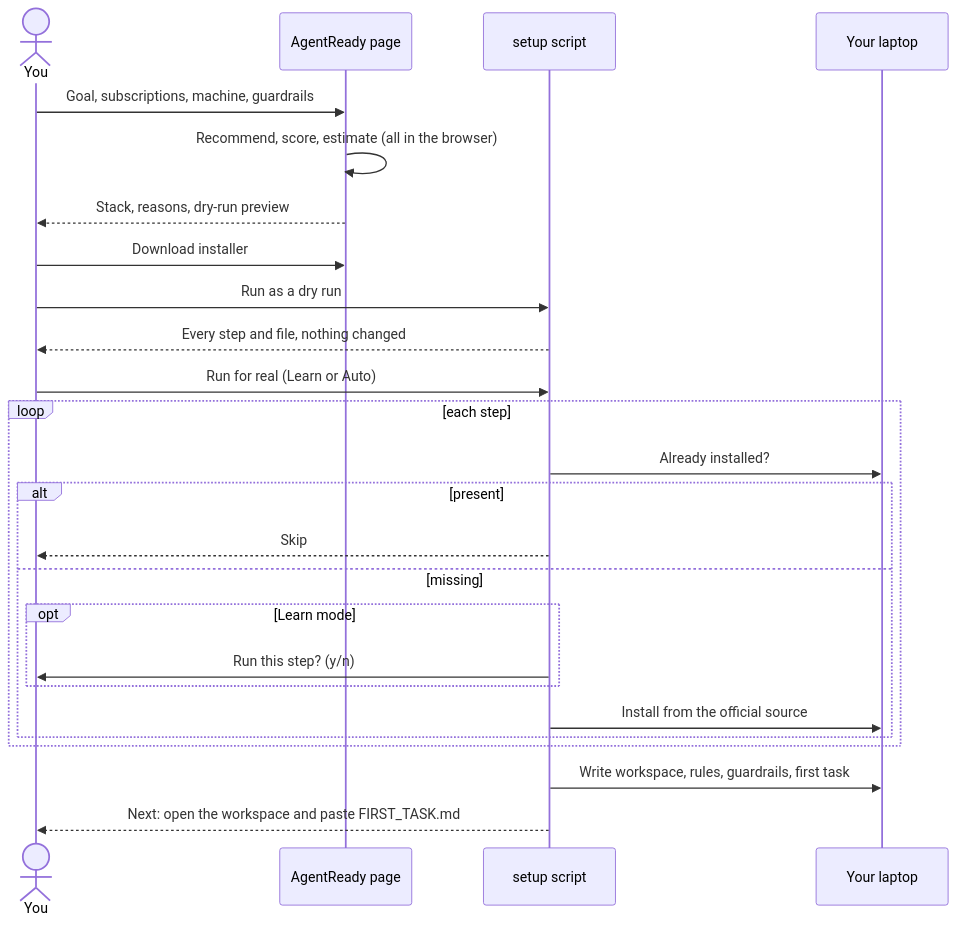
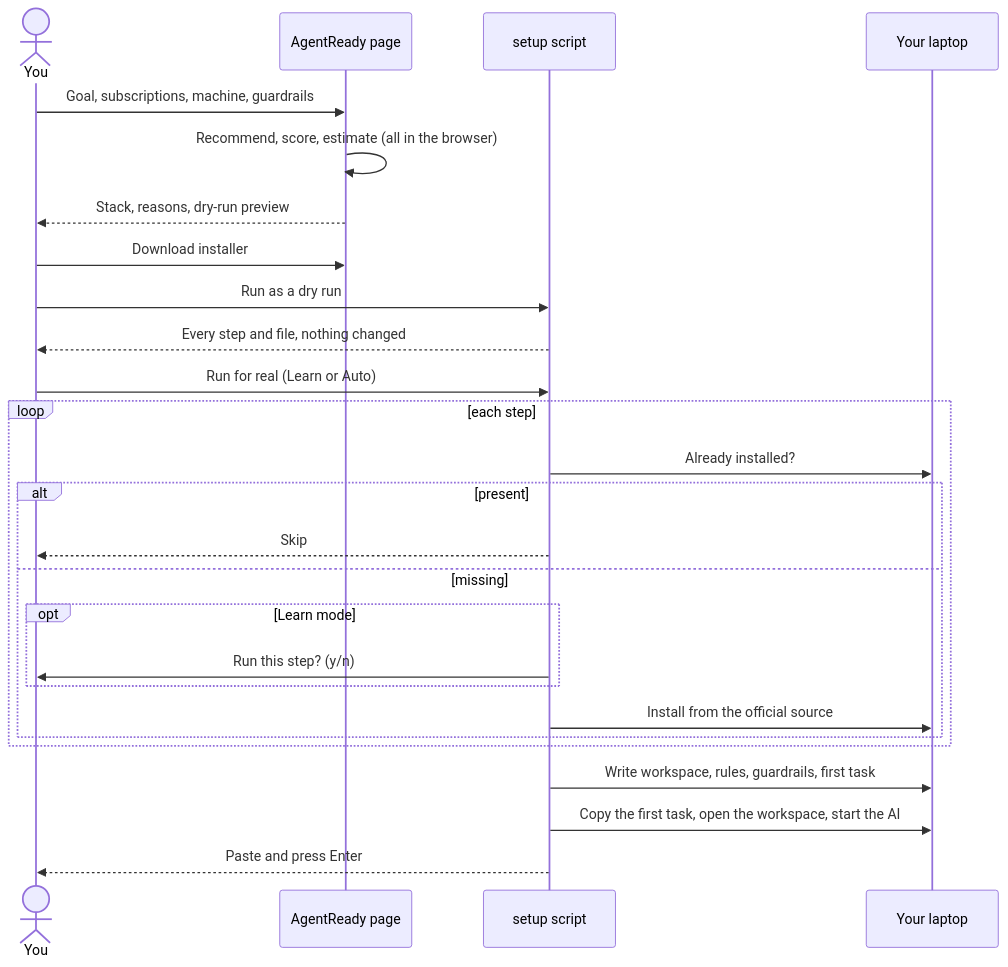
The third of 5 diagrams in README.md (Arnav-dll/AgentReady), drawn with Mermaid before and after one commit. The commit also changed other lines of this file and 3 other files, not shown here.

````diff
--- a/README.md
+++ b/README.md
@@ -112,28 +112,29 @@
 ```mermaid
 sequenceDiagram
     actor U as You
     participant W as AgentReady page
     participant S as setup script
     participant PC as Your laptop
 
     U->>W: Goal, subscriptions, machine, guardrails
     W->>W: Recommend, score, estimate (all in the browser)
     W-->>U: Stack, reasons, dry-run preview
     U->>W: Download installer
     U->>S: Run as a dry run
     S-->>U: Every step and file, nothing changed
     U->>S: Run for real (Learn or Auto)
     loop each step
         S->>PC: Already installed?
         alt present
             S-->>U: Skip
         else missing
             opt Learn mode
                 S->>U: Run this step? (y/n)
             end
             S->>PC: Install from the official source
         end
     end
     S->>PC: Write workspace, rules, guardrails, first task
-    S-->>U: Next: open the workspace and paste FIRST_TASK.md
+    S->>PC: Copy the first task, open the workspace, start the AI
+    S-->>U: Paste and press Enter
 ```
````
